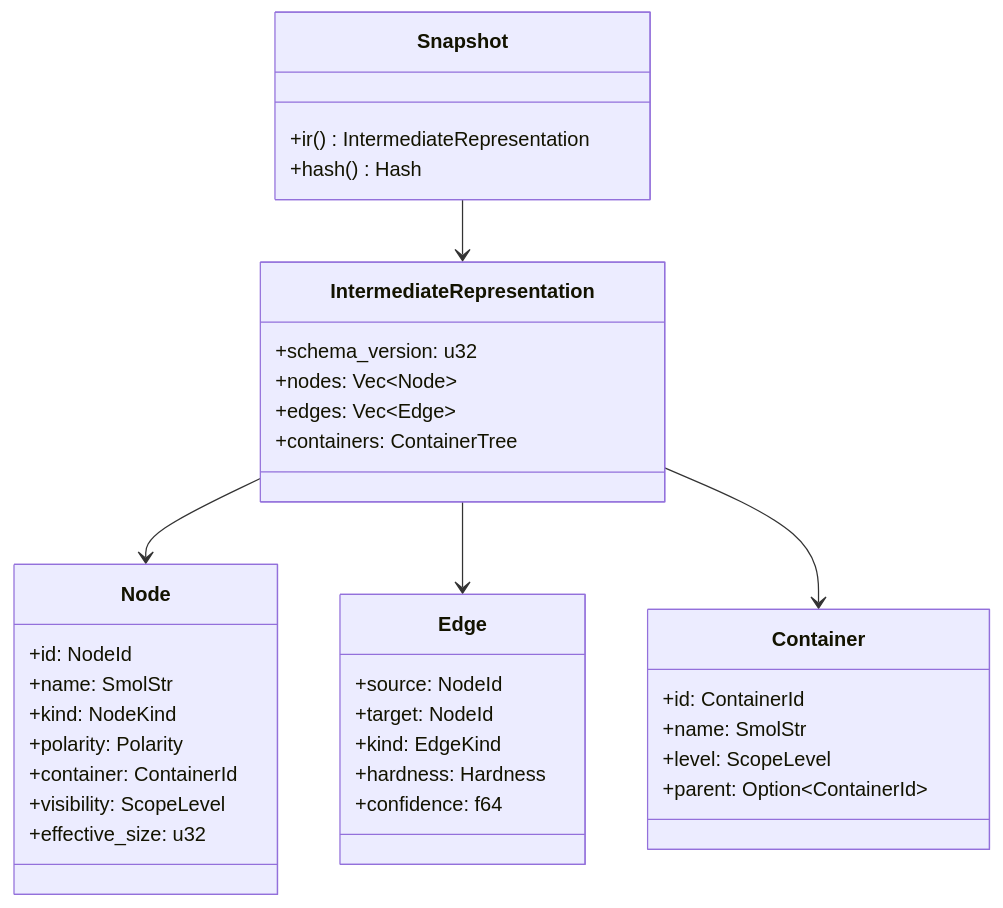
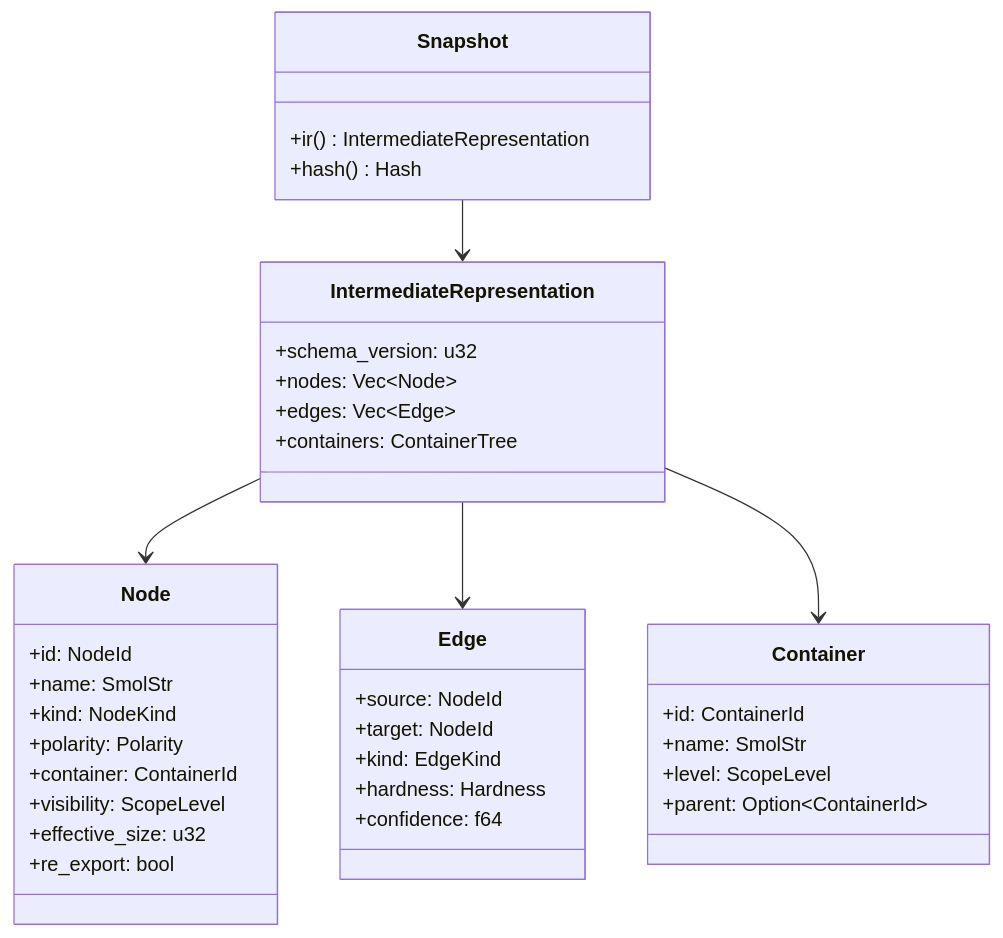
The second of 3 diagrams in docs/architecture/overview.md (theriety/strata), drawn with Mermaid before and after one commit. The commit also changed other lines of this file and 56 other files, not shown here.

````diff
--- a/docs/architecture/overview.md
+++ b/docs/architecture/overview.md
@@ -51,39 +51,40 @@
 ```mermaid
 classDiagram
     class Snapshot {
         +ir() IntermediateRepresentation
         +hash() Hash
     }
     class IntermediateRepresentation {
         +schema_version: u32
         +nodes: Vec~Node~
         +edges: Vec~Edge~
         +containers: ContainerTree
     }
     class Node {
         +id: NodeId
         +name: SmolStr
         +kind: NodeKind
         +polarity: Polarity
         +container: ContainerId
         +visibility: ScopeLevel
         +effective_size: u32
+        +re_export: bool
     }
     class Edge {
         +source: NodeId
         +target: NodeId
         +kind: EdgeKind
         +hardness: Hardness
         +confidence: f64
     }
     class Container {
         +id: ContainerId
         +name: SmolStr
         +level: ScopeLevel
         +parent: Option~ContainerId~
     }
     Snapshot --> IntermediateRepresentation
     IntermediateRepresentation --> Node
     IntermediateRepresentation --> Edge
     IntermediateRepresentation --> Container
 ```
````
